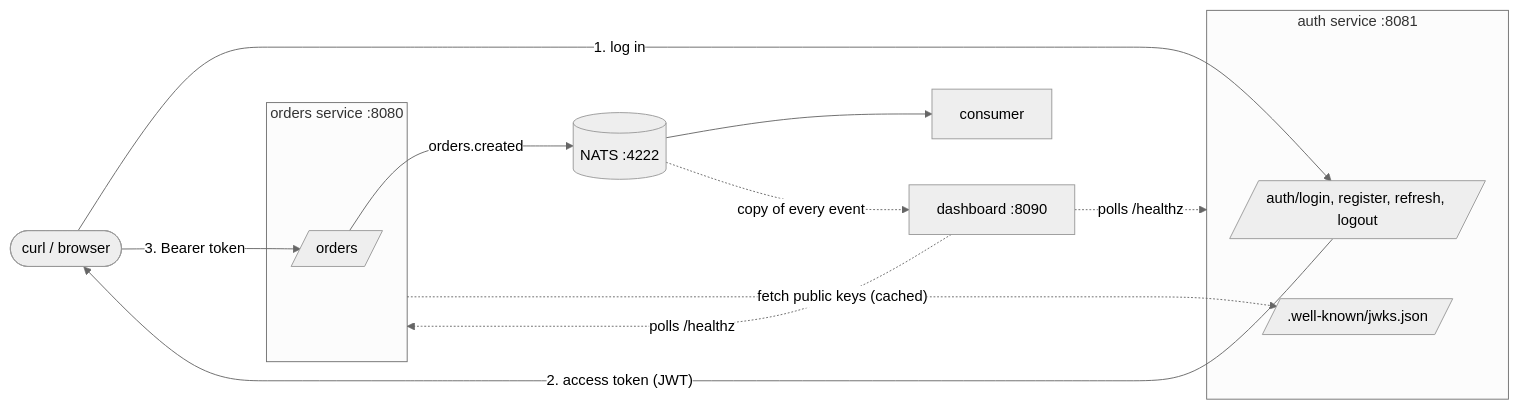
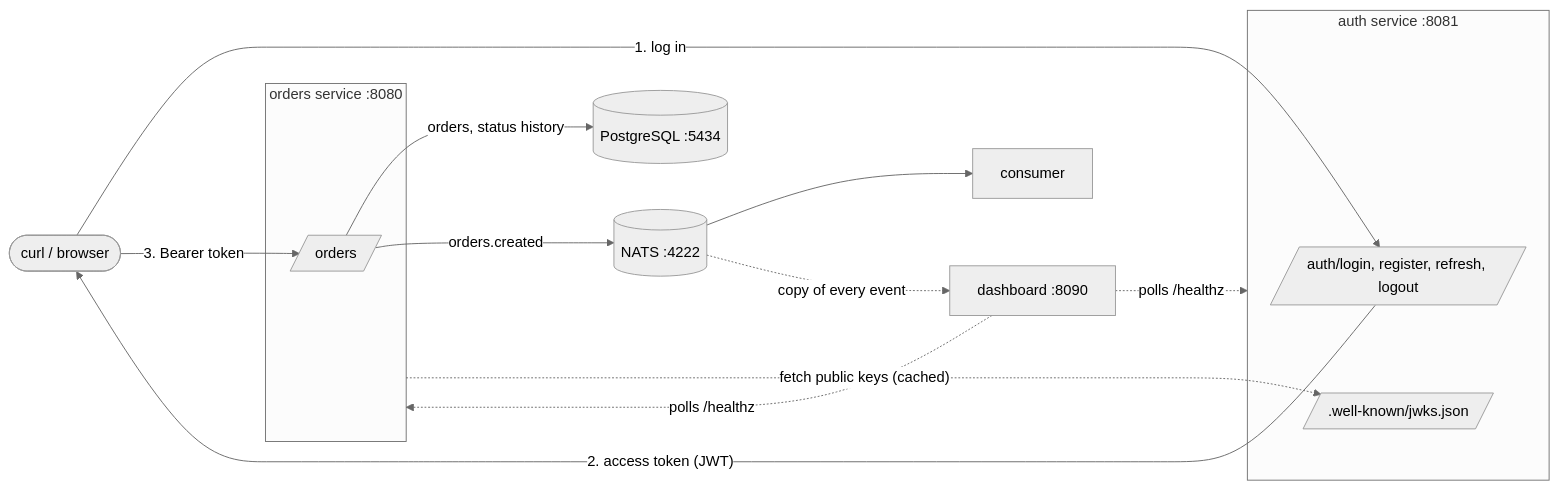
The diagram in README.md (DimaMaimesko/distributed), drawn with Mermaid (neutral theme) before and after one commit. The commit also changed other lines of this file and 31 other files, not shown here.

First line of the commit message:
Add PostgreSQL integration with migrations, connection pooling, and retry logic

````diff
--- a/README.md
+++ b/README.md
@@ -10,27 +12,29 @@
 ```mermaid
 flowchart LR
     client([curl / browser])
 
     subgraph auth [auth service :8081]
         login[/auth/login, register, refresh, logout/]
         jwks[/.well-known/jwks.json/]
     end
 
     subgraph orders [orders service :8080]
         api[/orders/]
     end
 
     nats[(NATS :4222)]
+    pg[(PostgreSQL :5434)]
     consumer[consumer]
     dashboard[dashboard :8090]
 
     client -- "1. log in" --> login
     login -- "2. access token (JWT)" --> client
     client -- "3. Bearer token" --> api
     orders -. "fetch public keys (cached)" .-> jwks
+    api -- "orders, status history" --> pg
     api -- "orders.created" --> nats
     nats --> consumer
     nats -. "copy of every event" .-> dashboard
     dashboard -. "polls /healthz" .-> auth
     dashboard -. "polls /healthz" .-> orders
 ```
````
